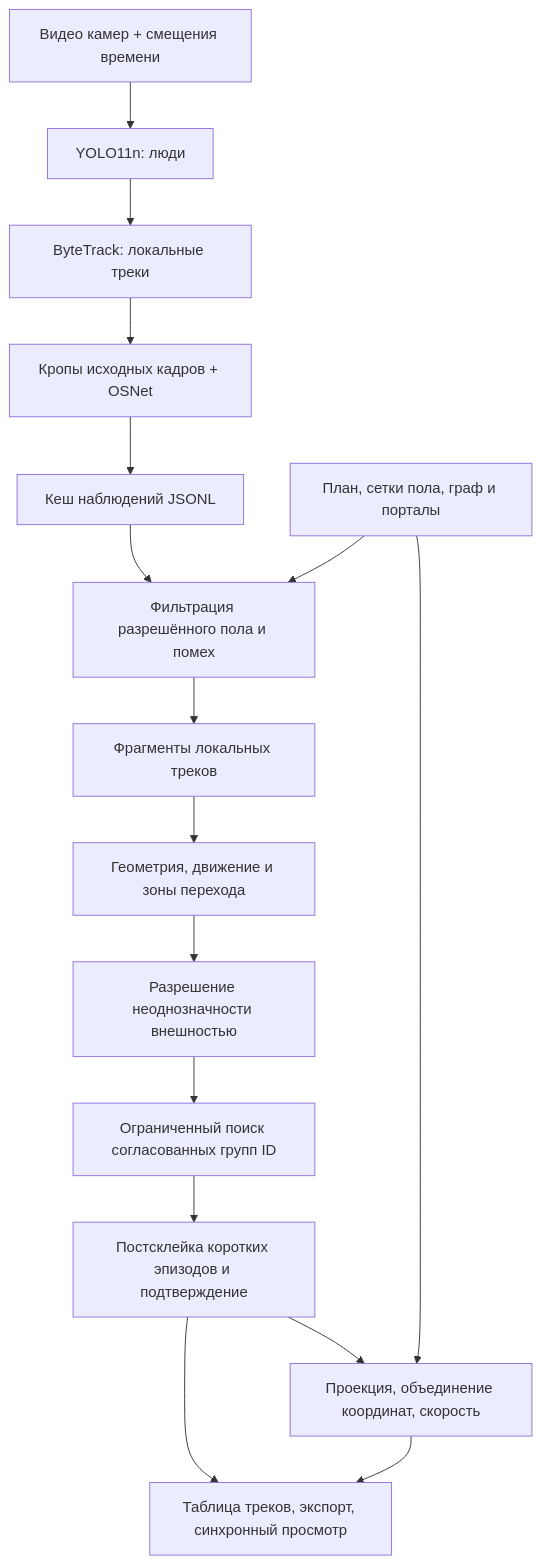
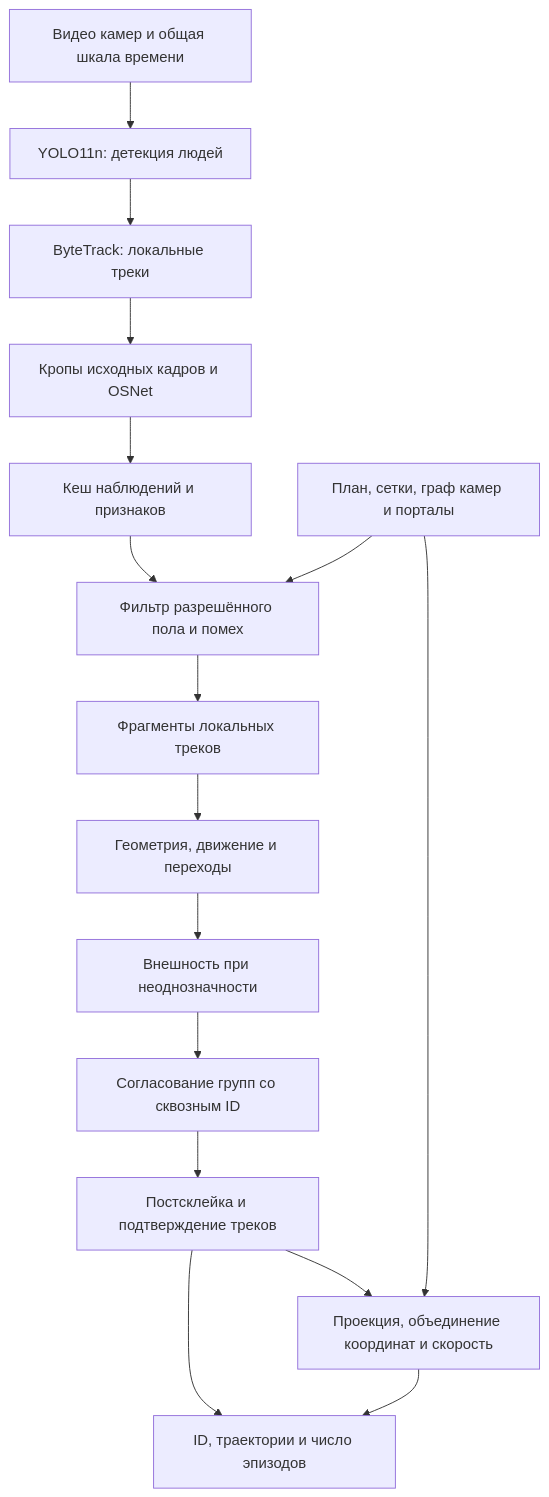
One commit to tereshkinov/cv_hack changed the diagram in README.md. Above: the diagram before and after it, drawn with Mermaid. The commit also changed other lines of this file, not shown here.

````diff
--- a/README.md
+++ b/README.md
@@ -52,18 +9,18 @@
 ```mermaid
 flowchart TD
-    A[Видео камер + смещения времени] --> B[YOLO11n: люди]
+    A[Видео камер и общая шкала времени] --> B[YOLO11n: детекция людей]
     B --> C[ByteTrack: локальные треки]
-    C --> D[Кропы исходных кадров + OSNet]
-    D --> E[Кеш наблюдений JSONL]
-    P[План, сетки пола, граф и порталы] --> F
-    E --> F[Фильтрация разрешённого пола и помех]
+    C --> D[Кропы исходных кадров и OSNet]
+    D --> E[Кеш наблюдений и признаков]
+    P[План, сетки, граф камер и порталы] --> F
+    E --> F[Фильтр разрешённого пола и помех]
     F --> G[Фрагменты локальных треков]
-    G --> H[Геометрия, движение и зоны перехода]
-    H --> I[Разрешение неоднозначности внешностью]
-    I --> J[Ограниченный поиск согласованных групп ID]
-    J --> K[Постсклейка коротких эпизодов и подтверждение]
-    K --> L[Таблица треков, экспорт, синхронный просмотр]
-    P --> M[Проекция, объединение координат, скорость]
+    G --> H[Геометрия, движение и переходы]
+    H --> I[Внешность при неоднозначности]
+    I --> J[Согласование групп со сквозным ID]
+    J --> K[Постсклейка и подтверждение треков]
+    K --> L[ID, траектории и число эпизодов]
+    P --> M[Проекция, объединение координат и скорость]
     K --> M
     M --> L
 ```
````
